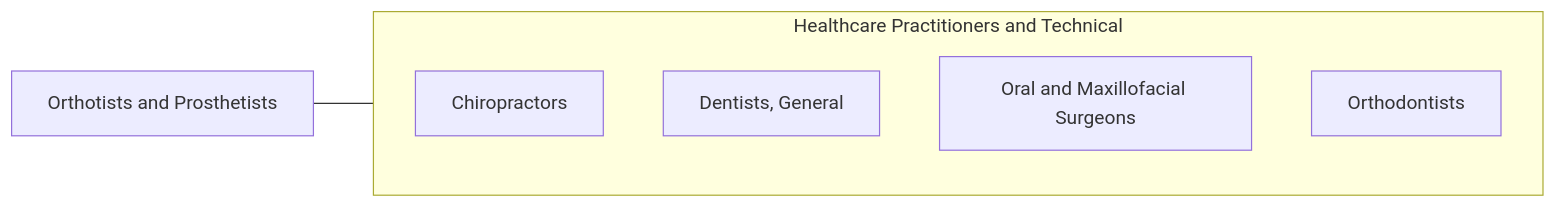
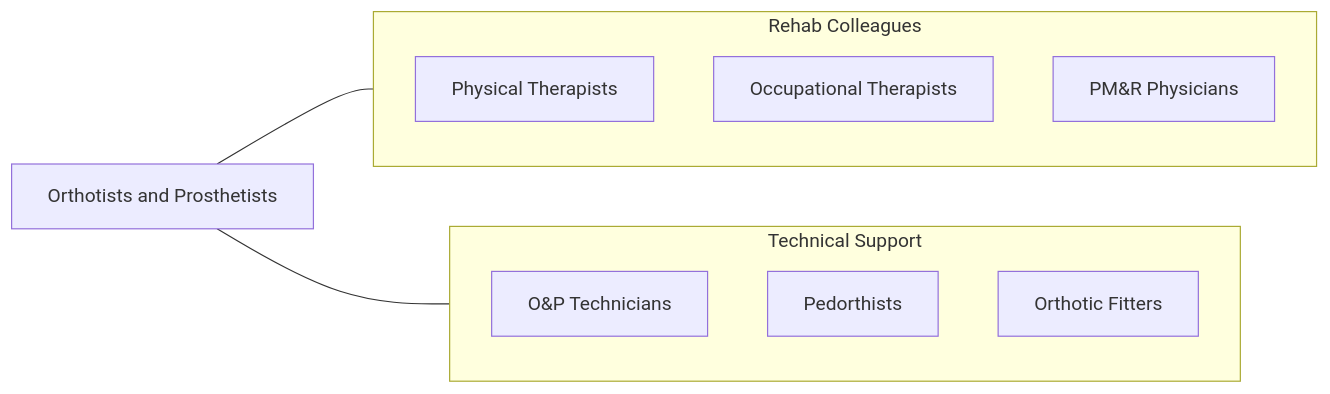
The fourth of 4 diagrams in occupations/HealthcarePractitioners/OrthotistsAndProsthetists.mdx (kziemski/business.org.ai), drawn with Mermaid before and after one commit. The commit also changed other lines of this file and 938 other files, not shown here.

````diff
--- a/occupations/HealthcarePractitioners/OrthotistsAndProsthetists.mdx
+++ b/occupations/HealthcarePractitioners/OrthotistsAndProsthetists.mdx
@@ -104,13 +186,19 @@
 ```mermaid
 graph LR
     Current["Orthotists and Prosthetists"]
 
-    subgraph SameCategory["Healthcare Practitioners and Technical"]
-        Chiropractors["Chiropractors"]
-        DentistsGeneral["Dentists, General"]
-        OralAndMaxillofacial["Oral and Maxillofacial Surgeons"]
-        Orthodontists["Orthodontists"]
+    subgraph RehabTeam["Rehab Colleagues"]
+        PTs["Physical Therapists"]
+        OTs["Occupational Therapists"]
+        PMR["PM&R Physicians"]
     end
 
-    Current --- SameCategory
+    subgraph Technical["Technical Support"]
+        OPTechs["O&P Technicians"]
+        PedorthistsOcc["Pedorthists"]
+        OrthoticFitters["Orthotic Fitters"]
+    end
+
+    Current --- RehabTeam
+    Current --- Technical
 ```
````
